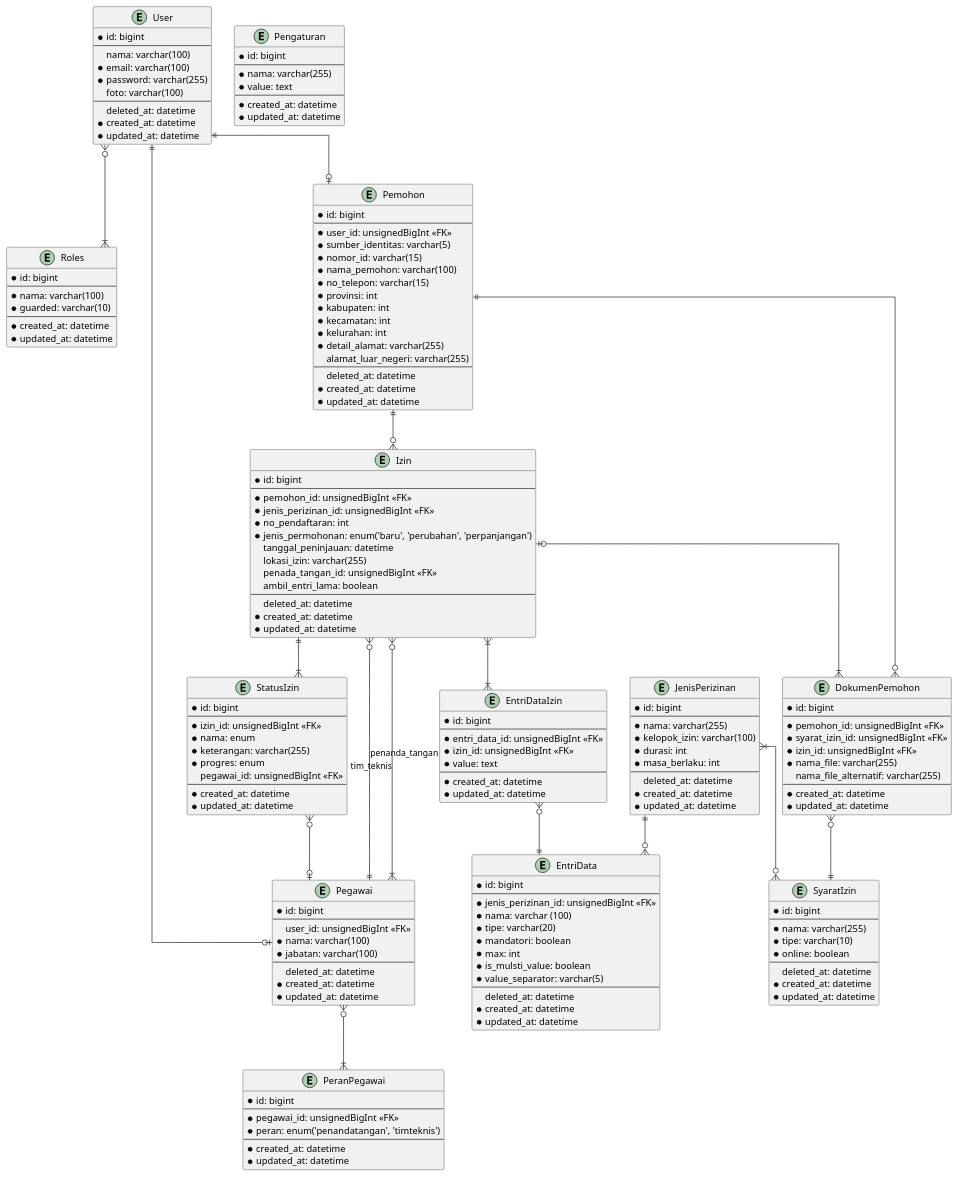
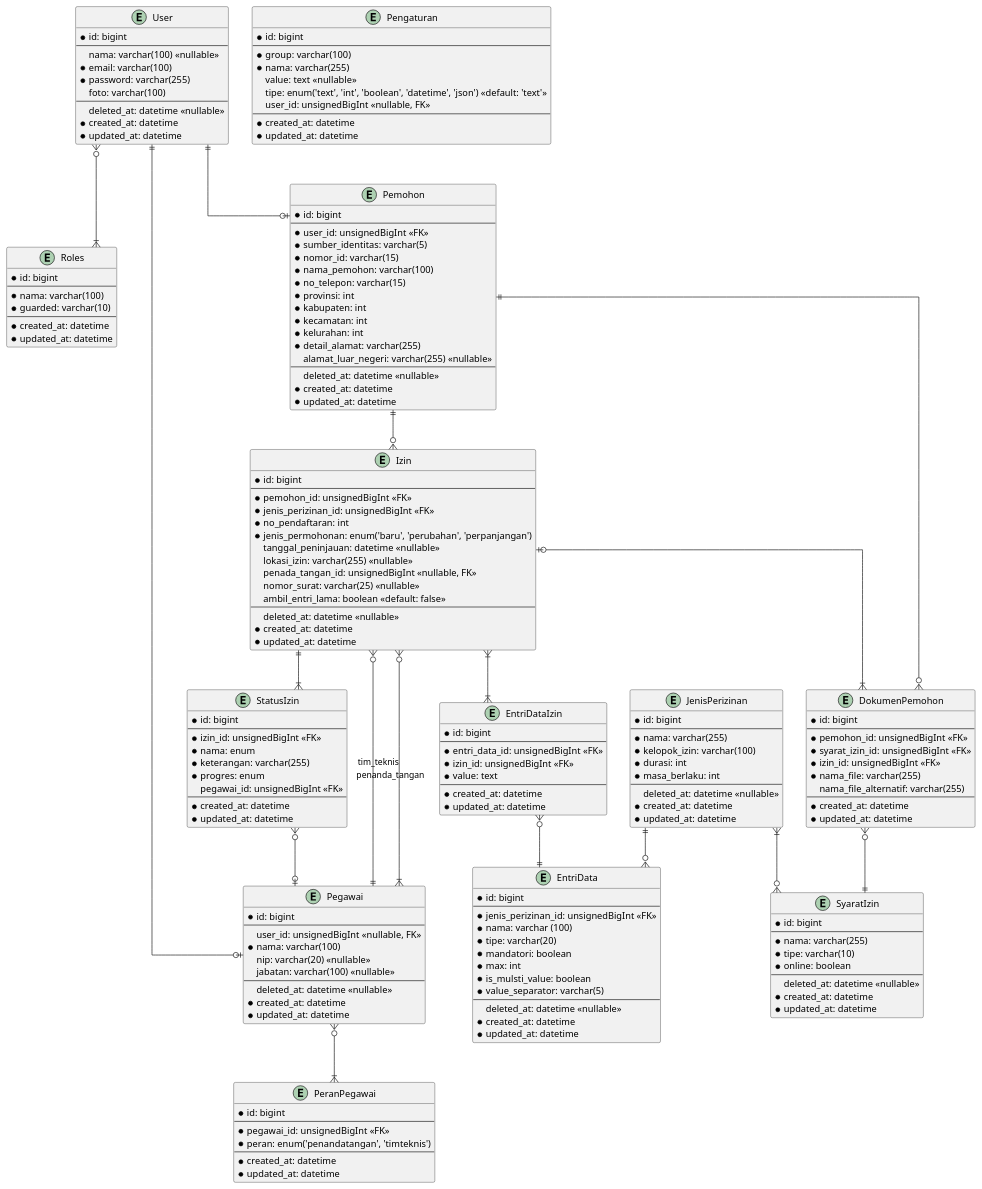
Before and after one commit to maleolabs/nest-nestara-web: the diagram in docs/diagrams/src/database.puml, drawn with PlantUML. The commit also changed 12 other files, not shown here.

```diff
--- a/docs/diagrams/src/database.puml
+++ b/docs/diagrams/src/database.puml
@@ -1,192 +1,197 @@
 @startuml pmptsp
 
 skinparam linetype ortho
 
 entity User {
     * id: bigint
     --
-      nama: varchar(100)
+      nama: varchar(100) <<nullable>>
     * email: varchar(100)
     * password: varchar(255)
       foto: varchar(100)
     --
-      deleted_at: datetime
+      deleted_at: datetime <<nullable>>
     * created_at: datetime
     * updated_at: datetime
 }
 
 entity Roles {
     * id: bigint
     --
     * nama: varchar(100)
     * guarded: varchar(10)
     --
     * created_at: datetime
     * updated_at: datetime
 }
 
 entity Pegawai {
     * id: bigint
     --
-      user_id: unsignedBigInt <<FK>>
+      user_id: unsignedBigInt <<nullable, FK>>
     * nama: varchar(100)
-    * jabatan: varchar(100)
+      nip: varchar(20) <<nullable>>
+      jabatan: varchar(100) <<nullable>>
     --
-      deleted_at: datetime
+      deleted_at: datetime <<nullable>>
     * created_at: datetime
     * updated_at: datetime
 }
 
 entity PeranPegawai {
     * id: bigint
     --
     * pegawai_id: unsignedBigInt <<FK>>
     * peran: enum('penandatangan', 'timteknis')
     --
     * created_at: datetime
     * updated_at: datetime
 }
 
 entity Pemohon {
     * id: bigint
     --
     * user_id: unsignedBigInt <<FK>>
     * sumber_identitas: varchar(5)
     * nomor_id: varchar(15)
     * nama_pemohon: varchar(100)
     * no_telepon: varchar(15)
     * provinsi: int
     * kabupaten: int
     * kecamatan: int
     * kelurahan: int
     * detail_alamat: varchar(255)
-      alamat_luar_negeri: varchar(255)
+      alamat_luar_negeri: varchar(255) <<nullable>>
     --
-      deleted_at: datetime
+      deleted_at: datetime <<nullable>>
     * created_at: datetime
     * updated_at: datetime
 }
 
 entity JenisPerizinan {
     * id: bigint
     --
     * nama: varchar(255)
     * kelopok_izin: varchar(100)
     * durasi: int
     * masa_berlaku: int
     --
-      deleted_at: datetime
+      deleted_at: datetime <<nullable>>
     * created_at: datetime
     * updated_at: datetime
 }
 
 entity EntriData {
     * id: bigint
     --
     * jenis_perizinan_id: unsignedBigInt <<FK>>
     * nama: varchar (100)
     * tipe: varchar(20)
     * mandatori: boolean
     * max: int
     * is_mulsti_value: boolean
     * value_separator: varchar(5)
     --
-      deleted_at: datetime
+      deleted_at: datetime <<nullable>>
     * created_at: datetime
     * updated_at: datetime
 }
 
 entity SyaratIzin {
     * id: bigint
     --
     * nama: varchar(255)
     * tipe: varchar(10)
     * online: boolean
     --
-      deleted_at: datetime
+      deleted_at: datetime <<nullable>>
     * created_at: datetime
     * updated_at: datetime
 }
 
 entity DokumenPemohon {
     * id: bigint
     --
     * pemohon_id: unsignedBigInt <<FK>>
     * syarat_izin_id: unsignedBigInt <<FK>>
     * izin_id: unsignedBigInt <<FK>>
     * nama_file: varchar(255)
       nama_file_alternatif: varchar(255)
     --
     * created_at: datetime
     * updated_at: datetime
 }
 
 entity Izin {
     * id: bigint
     --
     * pemohon_id: unsignedBigInt <<FK>>
     * jenis_perizinan_id: unsignedBigInt <<FK>>
     * no_pendaftaran: int
     * jenis_permohonan: enum('baru', 'perubahan', 'perpanjangan')
-      tanggal_peninjauan: datetime
-      lokasi_izin: varchar(255)
-      penada_tangan_id: unsignedBigInt <<FK>>
-      ambil_entri_lama: boolean
+      tanggal_peninjauan: datetime <<nullable>>
+      lokasi_izin: varchar(255) <<nullable>>
+      penada_tangan_id: unsignedBigInt <<nullable, FK>>
+      nomor_surat: varchar(25) <<nullable>>
+      ambil_entri_lama: boolean <<default: false>>
     --
-      deleted_at: datetime
+      deleted_at: datetime <<nullable>>
     * created_at: datetime
     * updated_at: datetime
 }
 
 entity StatusIzin {
     * id: bigint
     --
     * izin_id: unsignedBigInt <<FK>>
     * nama: enum
     * keterangan: varchar(255)
     * progres: enum
       pegawai_id: unsignedBigInt <<FK>>
     --
     * created_at: datetime
     * updated_at: datetime
 }
 
 entity EntriDataIzin {
     * id: bigint
     --
     * entri_data_id: unsignedBigInt <<FK>>
     * izin_id: unsignedBigInt <<FK>>
     * value: text
     --
     * created_at: datetime
     * updated_at: datetime
 }
 
 entity Pengaturan {
     * id: bigint
     --
+    * group: varchar(100)
     * nama: varchar(255)
-    * value: text
+      value: text <<nullable>>
+      tipe: enum('text', 'int', 'boolean', 'datetime', 'json') <<default: 'text'>>
+      user_id: unsignedBigInt <<nullable, FK>>
     --
     * created_at: datetime
     * updated_at: datetime
 }
 
 User }o--|{ Roles
 User ||--o| Pemohon
 User ||--o| Pegawai
 Pegawai }o--|{ PeranPegawai
 JenisPerizinan }|--o{ SyaratIzin
 JenisPerizinan ||--o{ EntriData
 EntriDataIzin }o--|| EntriData
 DokumenPemohon }o--|| Pemohon
 DokumenPemohon }o--|| SyaratIzin
 Pemohon ||--o{ Izin
 Izin |o--|{ DokumenPemohon
 Izin ||--|{ StatusIzin
 Izin }|--|{ EntriDataIzin
 Izin }o--|| Pegawai: penanda_tangan
 Izin }o--|{ Pegawai: tim_teknis
 StatusIzin }o--o| Pegawai
 
 @enduml
```
